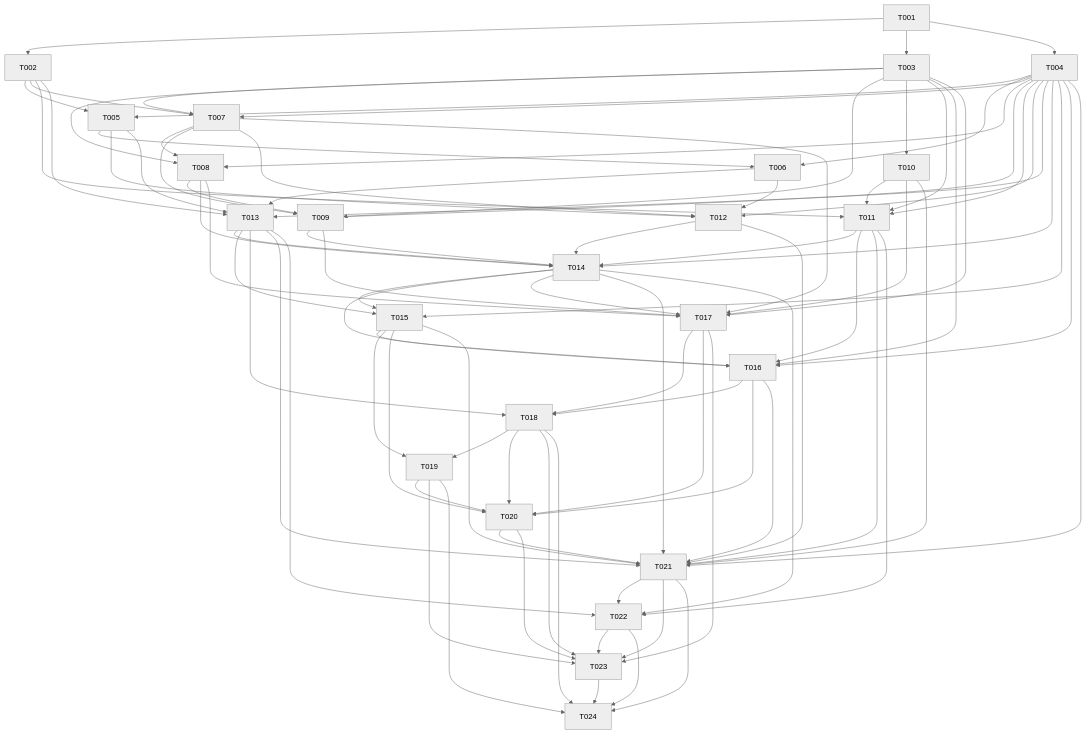
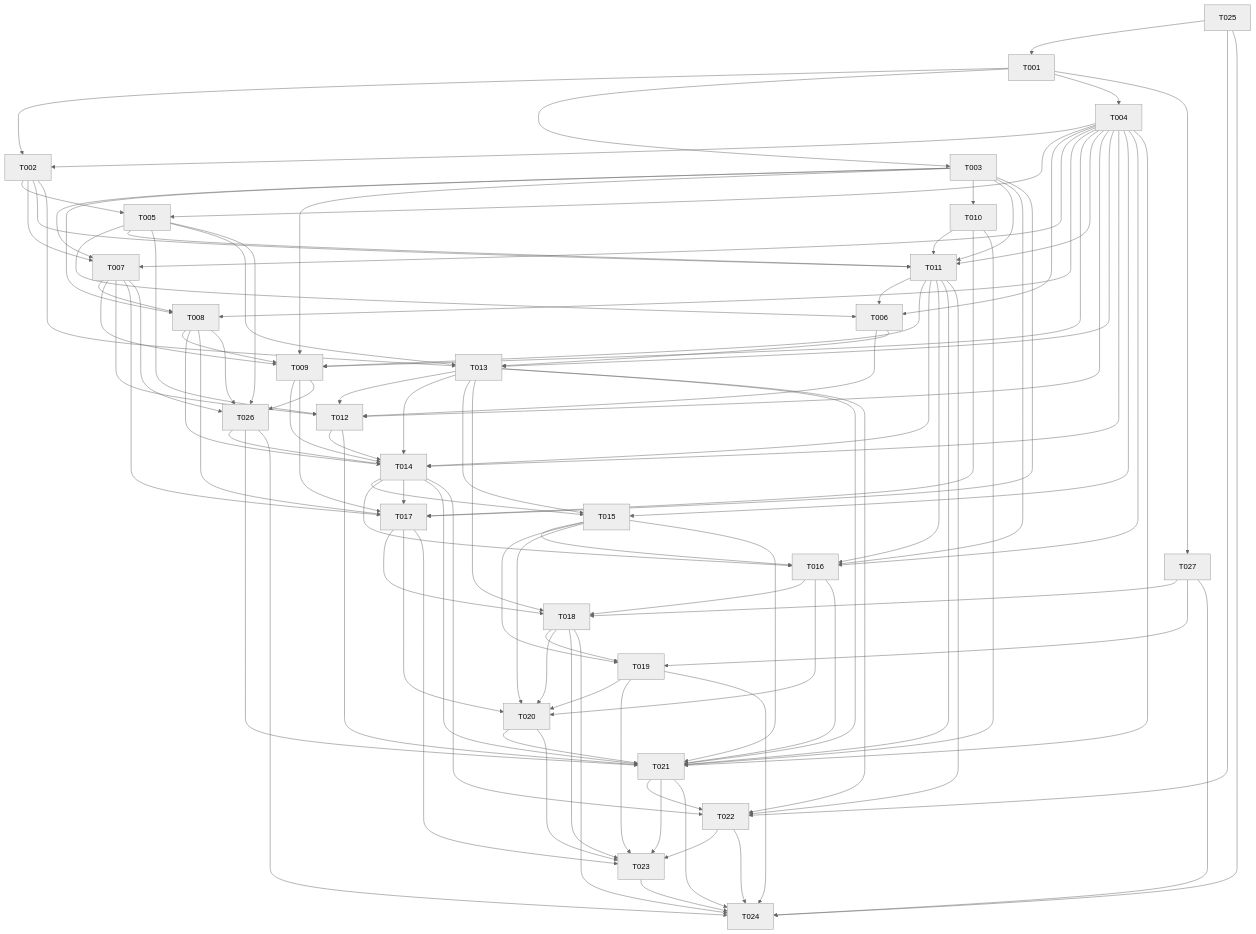
Before and after one commit to in-dreaming/bugu: the diagram in docs/tasks_sme/setup.md, drawn with Mermaid (neutral theme). The commit also changed other lines of this file and 29 other files, not shown here.

Commit message:
docs: revise SME architecture and implementation plan

````diff
--- a/docs/tasks_sme/setup.md
+++ b/docs/tasks_sme/setup.md
@@ -365,13 +410,15 @@
 ```mermaid
 flowchart TD
+    T025 --> T001
     T001 --> T002
+    T004 --> T002
     T001 --> T003
     T001 --> T004
     T002 --> T005
     T004 --> T005
+    T004 --> T006
     T005 --> T006
-    T004 --> T006
-    T006 --> T013
+    T011 --> T006
     T002 --> T007
     T003 --> T007
     T004 --> T007
@@ -382,24 +429,29 @@
     T004 --> T009
     T007 --> T009
     T008 --> T009
+    T011 --> T009
     T003 --> T010
     T002 --> T011
     T003 --> T011
     T004 --> T011
+    T005 --> T011
     T010 --> T011
     T004 --> T012
     T005 --> T012
     T006 --> T012
     T007 --> T012
+    T013 --> T012
     T002 --> T013
     T004 --> T013
     T005 --> T013
+    T006 --> T013
     T004 --> T014
     T008 --> T014
     T009 --> T014
     T011 --> T014
     T012 --> T014
     T013 --> T014
+    T026 --> T014
     T004 --> T015
     T013 --> T015
     T014 --> T015
@@ -417,8 +469,10 @@
     T013 --> T018
     T016 --> T018
     T017 --> T018
+    T027 --> T018
     T015 --> T019
     T018 --> T019
+    T027 --> T019
     T015 --> T020
     T016 --> T020
     T017 --> T020
@@ -433,10 +487,12 @@
     T015 --> T021
     T016 --> T021
     T020 --> T021
+    T026 --> T021
     T011 --> T022
     T013 --> T022
     T014 --> T022
     T021 --> T022
+    T025 --> T022
     T017 --> T023
     T018 --> T023
     T019 --> T023
@@ -448,4 +504,12 @@
     T021 --> T024
     T022 --> T024
     T023 --> T024
+    T025 --> T024
+    T026 --> T024
+    T027 --> T024
+    T005 --> T026
+    T007 --> T026
+    T008 --> T026
+    T009 --> T026
+    T001 --> T027
 ```
````
